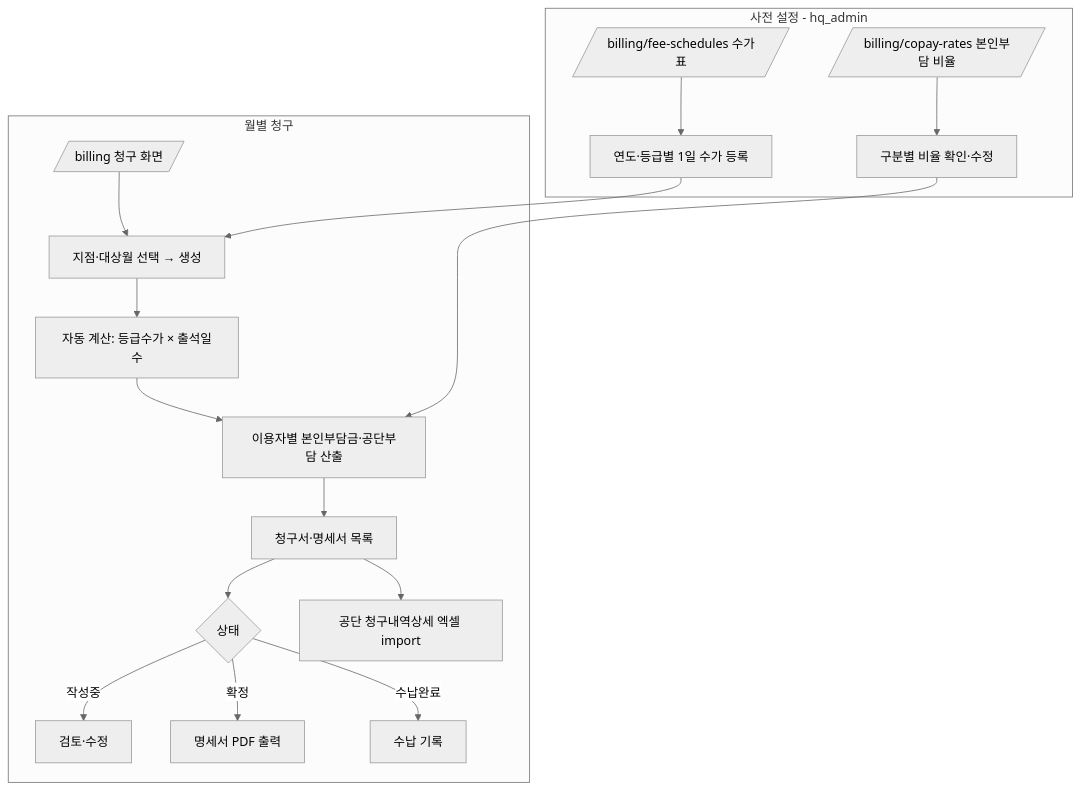
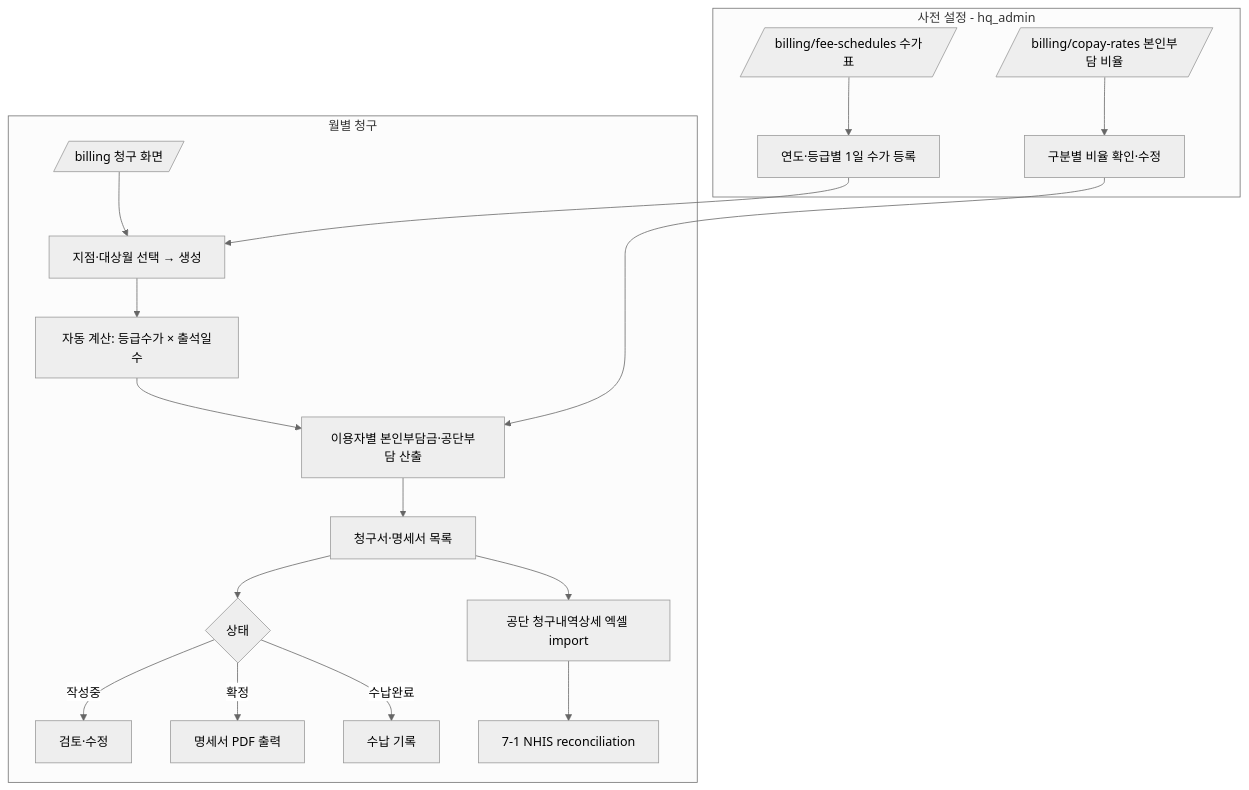
One commit to ogada-web/ogada changed the eighth of 11 diagrams in docs/FLOWCHART.md. Above: the diagram before and after it, drawn with Mermaid (neutral theme). The commit also changed other lines of this file and 20 other files, not shown here.

First line of the commit message:
docs: 에이전트 산출물 동기화 및 pipeline에 db_architect 편입

````diff
--- a/docs/FLOWCHART.md
+++ b/docs/FLOWCHART.md
@@ -165,20 +167,21 @@
 ```mermaid
 flowchart TD
   subgraph SETUP[사전 설정 - hq_admin]
     P1[/billing/fee-schedules 수가표/] --> P2[연도·등급별 1일 수가 등록]
     P3[/billing/copay-rates 본인부담 비율/] --> P4[구분별 비율 확인·수정]
   end
   subgraph RUN[월별 청구]
     R1[/billing 청구 화면/] --> R2[지점·대상월 선택 → 생성]
     R2 --> R3[자동 계산: 등급수가 × 출석일수]
     R3 --> R4[이용자별 본인부담금·공단부담 산출]
     R4 --> R5[청구서·명세서 목록]
     R5 --> R6{상태}
     R6 -->|작성중| R7[검토·수정]
     R6 -->|확정| R8[명세서 PDF 출력]
     R6 -->|수납완료| R9[수납 기록]
     R5 --> R10[공단 청구내역상세 엑셀 import]
+    R10 --> R11[7-1 NHIS reconciliation]
   end
   P2 --> R2
   P4 --> R4
 ```
````
